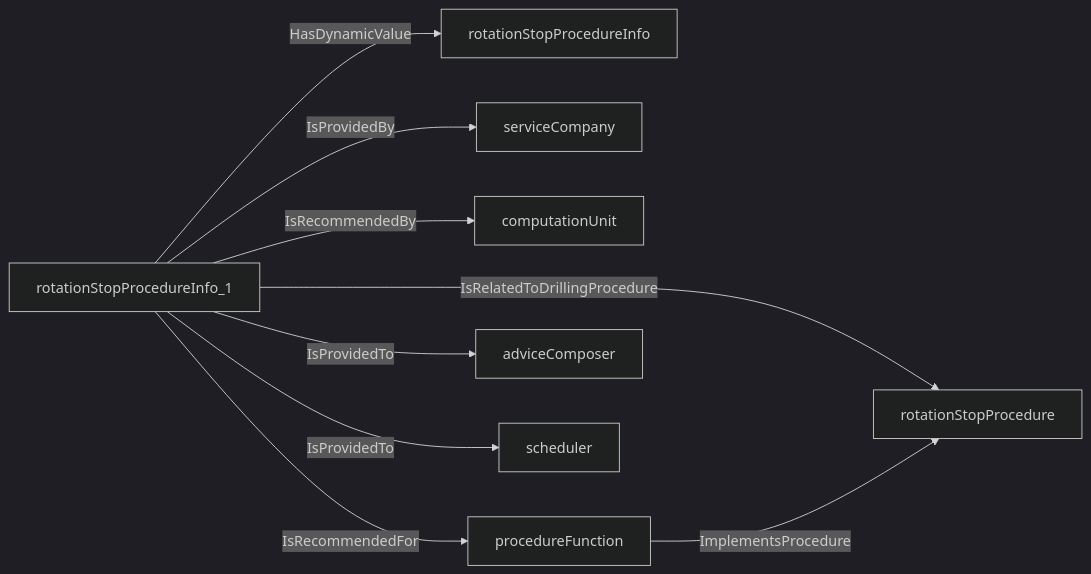
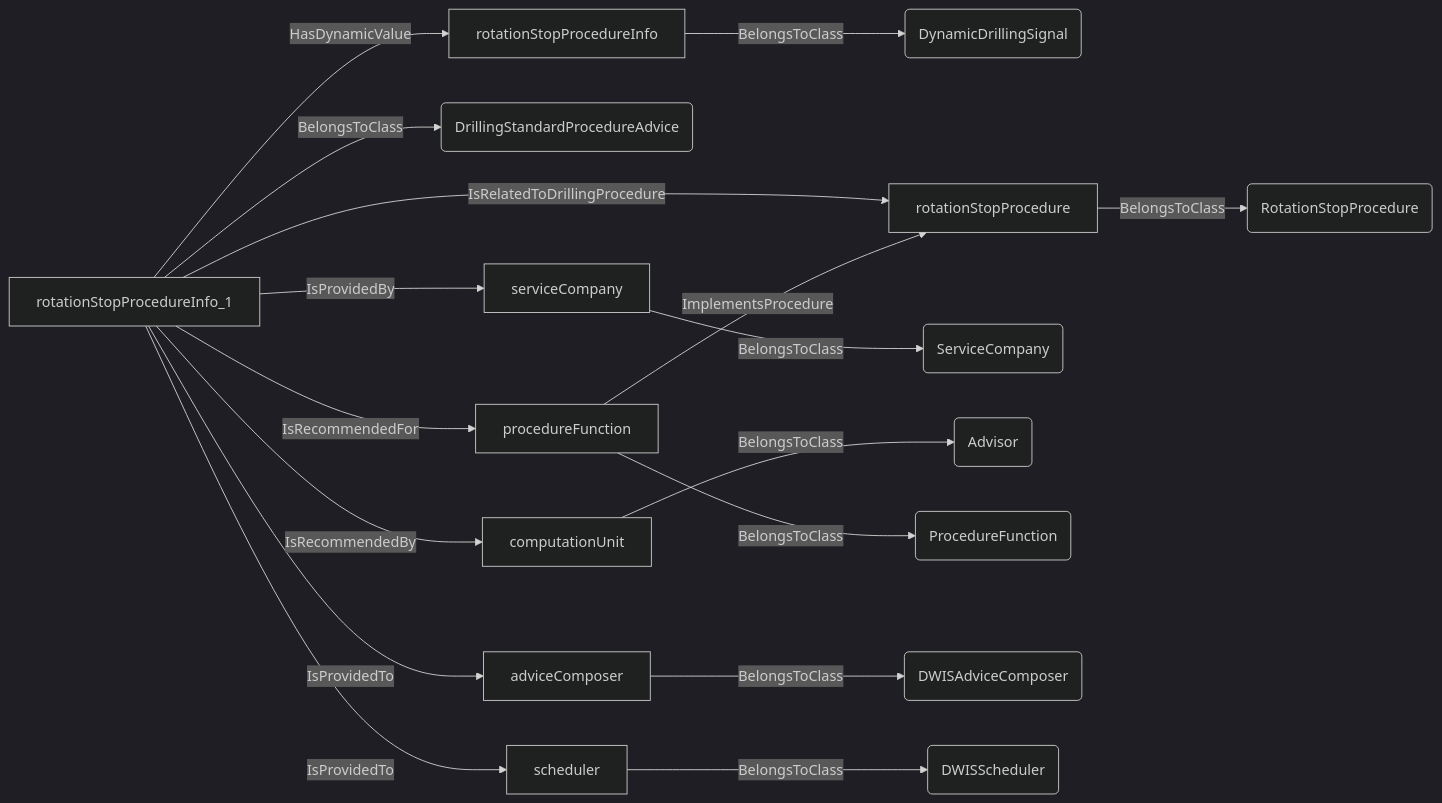
One commit to D-WIS/DDHub-Semantic-Interoperability changed the fifth of 19 diagrams in docs/vocabulary_development/auto-generated/md/definition-files/DrillingProcedure.md. Above: the diagram before and after it, drawn with Mermaid (dark theme). The commit also changed other lines of this file and 14 other files, not shown here.

````diff
--- a/docs/vocabulary_development/auto-generated/md/definition-files/DrillingProcedure.md
+++ b/docs/vocabulary_development/auto-generated/md/definition-files/DrillingProcedure.md
@@ -224,11 +272,19 @@
 ```mermaid
 graph LR
-	N0000[rotationStopProcedureInfo_1] -->|HasDynamicValue| N0001[rotationStopProcedureInfo] 
-	N0000[rotationStopProcedureInfo_1] -->|IsRelatedToDrillingProcedure| N0002[rotationStopProcedure] 
-	N0000[rotationStopProcedureInfo_1] -->|IsProvidedBy| N0003[serviceCompany] 
-	N0000[rotationStopProcedureInfo_1] -->|IsRecommendedBy| N0004[computationUnit] 
-	N0005[procedureFunction] -->|ImplementsProcedure| N0002[rotationStopProcedure] 
-	N0000[rotationStopProcedureInfo_1] -->|IsRecommendedFor| N0005[procedureFunction] 
-	N0000[rotationStopProcedureInfo_1] -->|IsProvidedTo| N0006[adviceComposer] 
-	N0000[rotationStopProcedureInfo_1] -->|IsProvidedTo| N0007[scheduler] 
+	N0000[rotationStopProcedureInfo] -->|BelongsToClass| N0001(DynamicDrillingSignal) 
+	N0002[rotationStopProcedureInfo_1] -->|BelongsToClass| N0003(DrillingStandardProcedureAdvice) 
+	N0002[rotationStopProcedureInfo_1] -->|HasDynamicValue| N0000[rotationStopProcedureInfo] 
+	N0004[rotationStopProcedure] -->|BelongsToClass| N0005(RotationStopProcedure) 
+	N0002[rotationStopProcedureInfo_1] -->|IsRelatedToDrillingProcedure| N0004[rotationStopProcedure] 
+	N0006[serviceCompany] -->|BelongsToClass| N0007(ServiceCompany) 
+	N0002[rotationStopProcedureInfo_1] -->|IsProvidedBy| N0006[serviceCompany] 
+	N0008[computationUnit] -->|BelongsToClass| N0009(Advisor) 
+	N0002[rotationStopProcedureInfo_1] -->|IsRecommendedBy| N0008[computationUnit] 
+	N0010[procedureFunction] -->|BelongsToClass| N0011(ProcedureFunction) 
+	N0010[procedureFunction] -->|ImplementsProcedure| N0004[rotationStopProcedure] 
+	N0002[rotationStopProcedureInfo_1] -->|IsRecommendedFor| N0010[procedureFunction] 
+	N0012[adviceComposer] -->|BelongsToClass| N0013(DWISAdviceComposer) 
+	N0002[rotationStopProcedureInfo_1] -->|IsProvidedTo| N0012[adviceComposer] 
+	N0014[scheduler] -->|BelongsToClass| N0015(DWISScheduler) 
+	N0002[rotationStopProcedureInfo_1] -->|IsProvidedTo| N0014[scheduler] 
 ```
````
